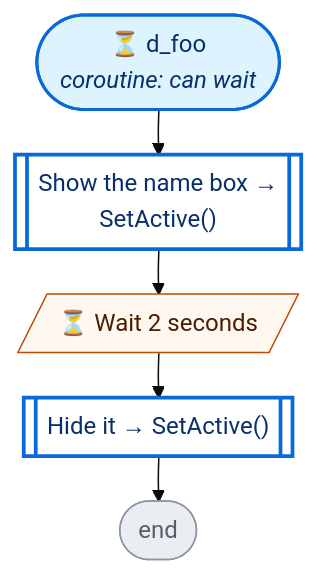
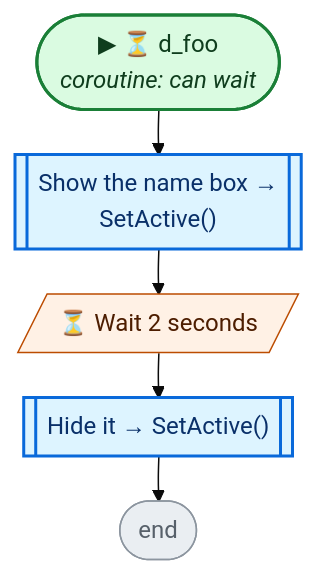
One commit to nataiai/Lord-of-the-Dungeon changed the fourth of 6 diagrams in CodeGraph~/graph/UI.cs.md. Above: the diagram before and after it, drawn with Mermaid (base theme). The commit also changed other lines of this file and 44 other files, not shown here.

````diff
--- a/CodeGraph~/graph/UI.cs.md
+++ b/CodeGraph~/graph/UI.cs.md
@@ -167,33 +175,37 @@
 ```mermaid
 ---
 config:
   flowchart:
     wrappingWidth: 260
     nodeSpacing: 26
     rankSpacing: 30
 ---
 flowchart TD
-  nS(["⏳ d_foo<br><i>coroutine: can wait</i>"])
+  nS(["▶ ⏳ d_foo<br><i>coroutine: can wait</i>"])
   neb879b[["Show the name box →<br>SetActive()"]]
   n577bf2[/"⏳ Wait 2 seconds"/]
   n282fc5[["Hide it → SetActive()"]]
   nE(["end"])
   nS --> neb879b
   neb879b --> n577bf2
   n577bf2 --> n282fc5
   n282fc5 --> nE
-  classDef unity fill:#fff1c2,stroke:#9a6700,stroke-width:2px,color:#3b2300
-  classDef start fill:#ddf4ff,stroke:#0969da,stroke-width:2px,color:#0a3069
-  classDef calc fill:#f6f8fa,stroke:#d0d7de,color:#57606a
-  classDef calls fill:#ffffff,stroke:#0969da,stroke-width:2.5px,color:#0a3069
-  classDef cond fill:#ffffff,stroke:#6e7781,stroke-width:1.5px,color:#1f2328
-  classDef loop fill:#fbefff,stroke:#8250df,color:#3e1f79
-  classDef exit fill:#eaeef2,stroke:#57606a,color:#24292f
-  classDef wait fill:#fff8f0,stroke:#bc4c00,color:#4d1d00
+  classDef unity fill:#dafbe1,stroke:#1a7f37,stroke-width:2px,color:#0f3d1d
+  classDef start fill:#dafbe1,stroke:#1a7f37,stroke-width:2px,color:#0f3d1d
+  classDef calc fill:#ffffff,stroke:#d0d7de,color:#57606a
+  classDef calls fill:#ddf4ff,stroke:#0969da,stroke-width:2px,color:#0a3069
+  classDef ext fill:#ddf4ff,stroke:#0969da,stroke-width:2px,stroke-dasharray:5 3,color:#0a3069
+  classDef cond fill:#fff8c5,stroke:#bf8700,stroke-width:1.5px,color:#3d2a00
+  classDef loop fill:#f6f8fa,stroke:#57606a,color:#1f2328
+  classDef exit fill:#ffebe9,stroke:#cf222e,color:#82071e
+  classDef kill fill:#ffebe9,stroke:#cf222e,stroke-width:2px,color:#82071e
+  classDef spawn fill:#dafbe1,stroke:#1a7f37,stroke-width:2px,color:#0f3d1d
+  classDef wait fill:#fff1e5,stroke:#bc4c00,color:#4d1d00
   classDef fin fill:#eaeef2,stroke:#8c959f,color:#57606a
   classDef join fill:#d0d7de,stroke:#8c959f,color:#57606a
+  classDef ghdr fill:#f5f9ff,stroke:#f5f9ff,color:#0a3069,font-weight:bold
   class neb879b,n282fc5 calls
   class nE fin
   class nS start
   class n577bf2 wait
 ```
````
